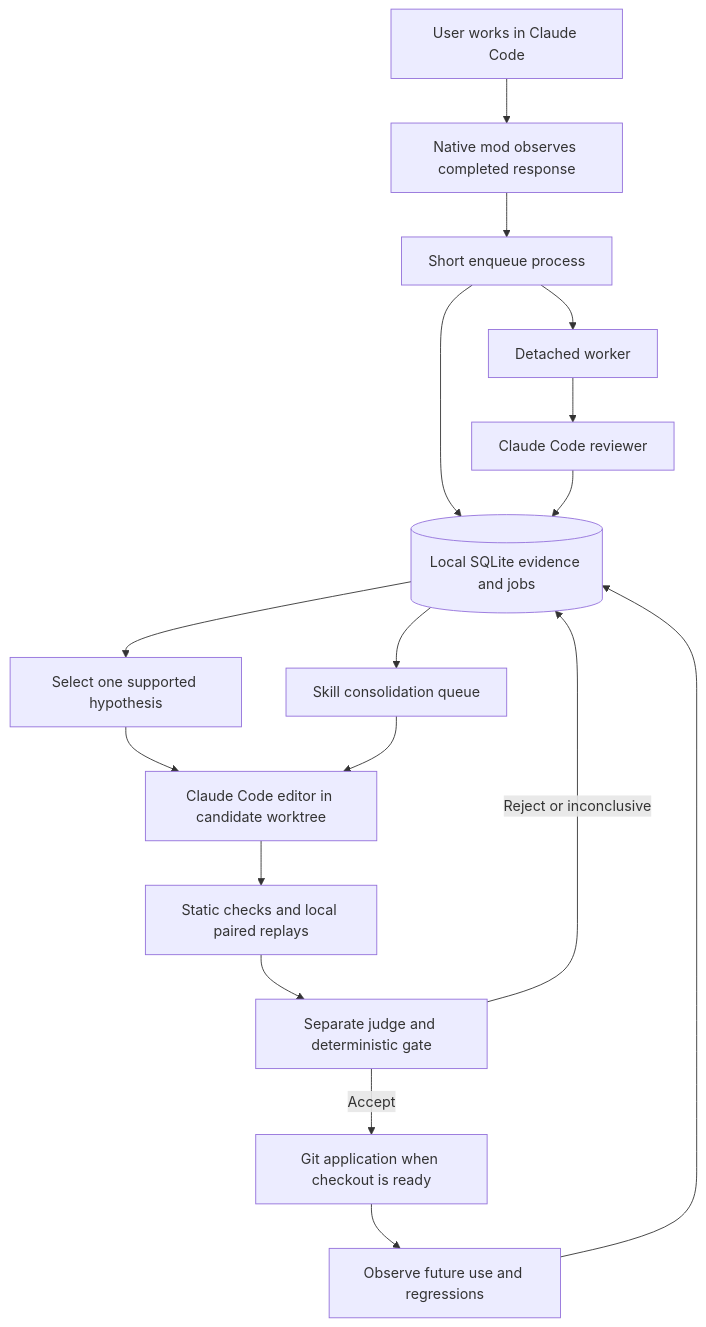
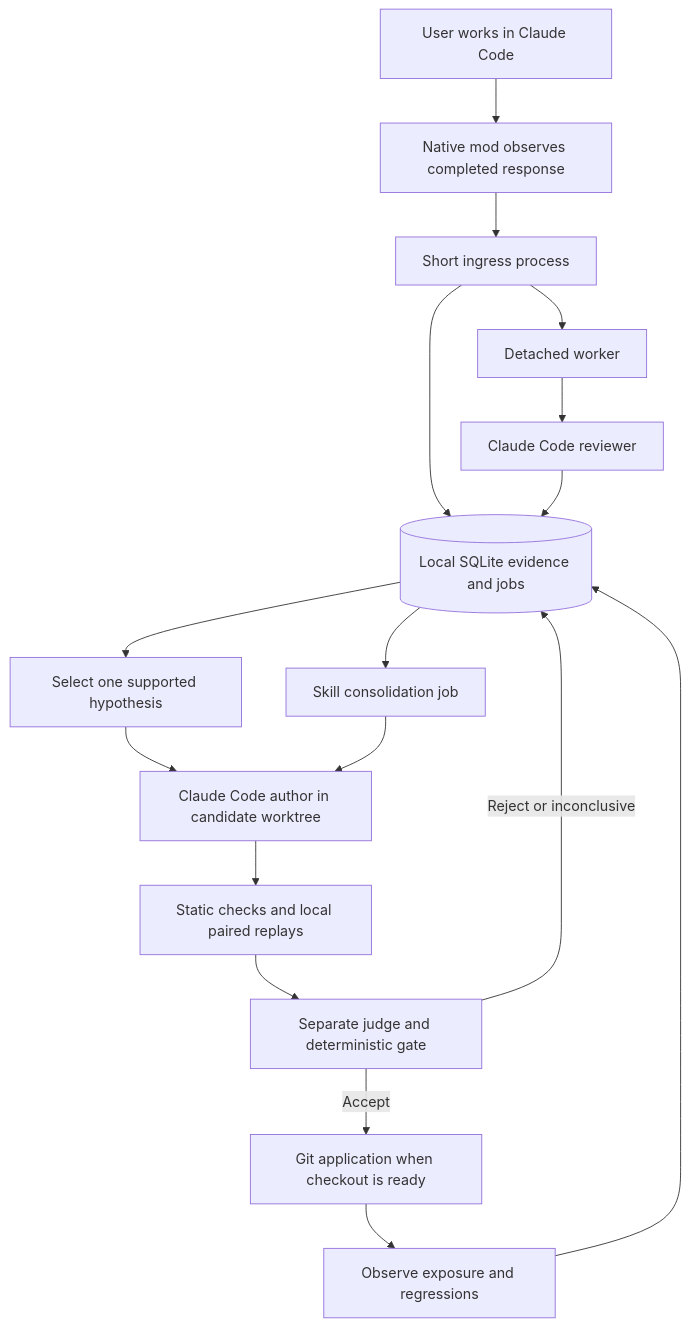
Before and after one commit to timini/claude-autotune: the first of 2 diagrams in docs/ARCHITECTURE.md, drawn with Mermaid. The commit also changed other lines of this file and 232 other files, not shown here.

````diff
--- a/docs/ARCHITECTURE.md
+++ b/docs/ARCHITECTURE.md
@@ -9,19 +14,19 @@
 ```mermaid
 flowchart TD
     A[User works in Claude Code] --> B[Native mod observes completed response]
-    B --> C[Short enqueue process]
+    B --> C[Short ingress process]
     C --> D[(Local SQLite evidence and jobs)]
     C --> E[Detached worker]
     E --> F[Claude Code reviewer]
     F --> D
     D --> G[Select one supported hypothesis]
-    G --> H[Claude Code editor in candidate worktree]
+    G --> H[Claude Code author in candidate worktree]
     H --> I[Static checks and local paired replays]
     I --> J[Separate judge and deterministic gate]
     J -->|Accept| K[Git application when checkout is ready]
     J -->|Reject or inconclusive| D
-    K --> L[Observe future use and regressions]
+    K --> L[Observe exposure and regressions]
     L --> D
-    D --> M[Skill consolidation queue]
+    D --> M[Skill consolidation job]
     M --> H
 ```
````
